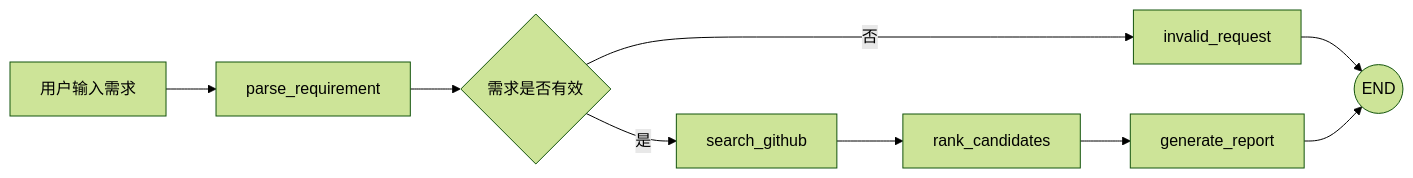
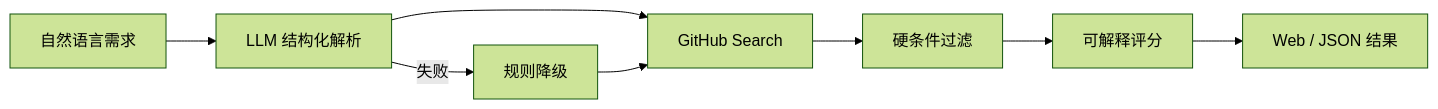
Before and after one commit to ETOLucy/RepoScoutAgent: the first of 2 diagrams in README.md, drawn with Mermaid (forest theme). The commit also changed other lines of this file and 10 other files, not shown here.

````diff
--- a/README.md
+++ b/README.md
@@ -31,11 +27,10 @@
 ```mermaid
 flowchart LR
-    A[用户输入需求] --> B[parse_requirement]
-    B --> C{需求是否有效}
-    C -->|否| D[invalid_request]
-    C -->|是| E[search_github]
-    E --> F[rank_candidates]
-    F --> G[generate_report]
-    D --> H((END))
-    G --> H
+    A[自然语言需求] --> B[LLM 结构化解析]
+    B -->|失败| C[规则降级]
+    B --> D[GitHub Search]
+    C --> D
+    D --> E[硬条件过滤]
+    E --> F[可解释评分]
+    F --> G[Web / JSON 结果]
 ```
````
